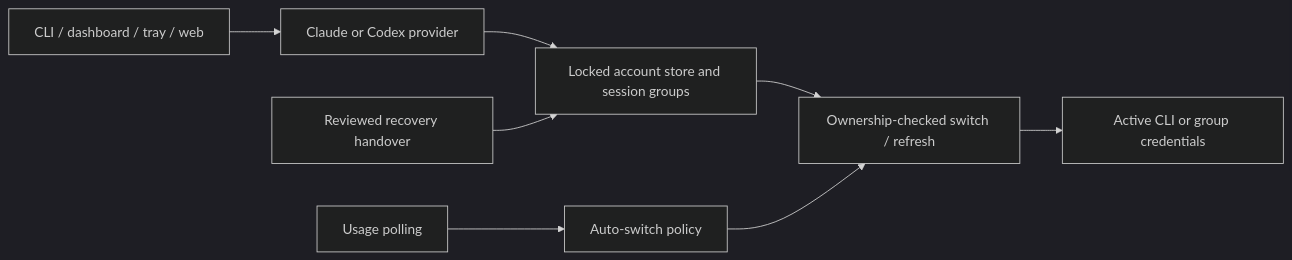
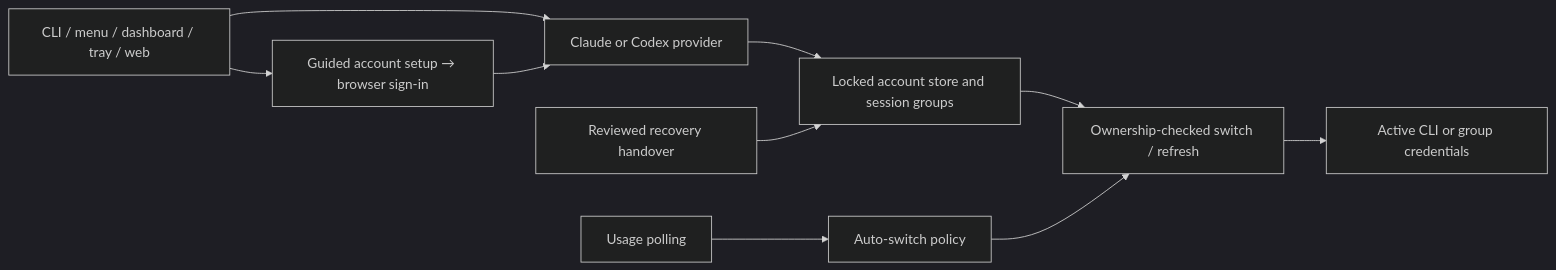
One commit to tyclab/tycswap changed the diagram in README.md. Above: the diagram before and after it, drawn with Mermaid (dark theme). The commit also changed other lines of this file and 39 other files, not shown here.

Commit message:
feat: add human account menu and guided desktop setup

````diff
--- a/README.md
+++ b/README.md
@@ -1171,10 +1182,12 @@
 ```mermaid
 flowchart LR
-    A["CLI / dashboard / tray / web"] --> B["Claude or Codex provider"]
+    A["CLI / menu / dashboard / tray / web"] --> B["Claude or Codex provider"]
+    A --> I["Guided account setup → browser sign-in"]
+    I --> B
     B --> C["Locked account store and session groups"]
     C --> D["Ownership-checked switch / refresh"]
     D --> E["Active CLI or group credentials"]
     F["Usage polling"] --> G["Auto-switch policy"]
     G --> D
     H["Reviewed recovery handover"] --> C
 ```
````
